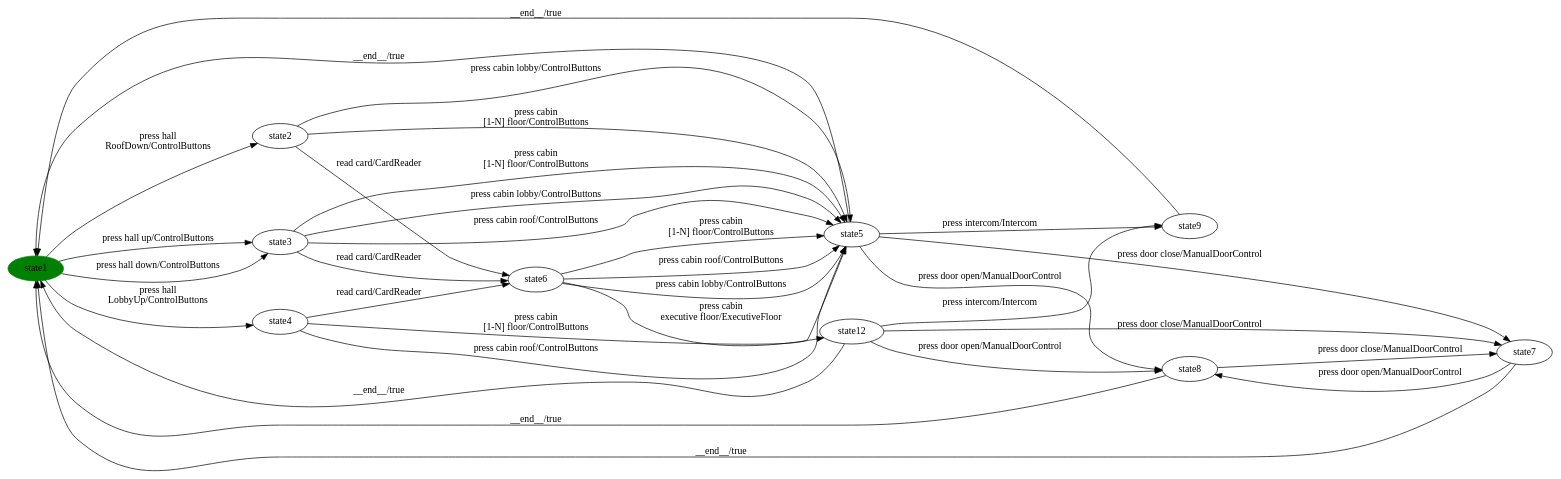
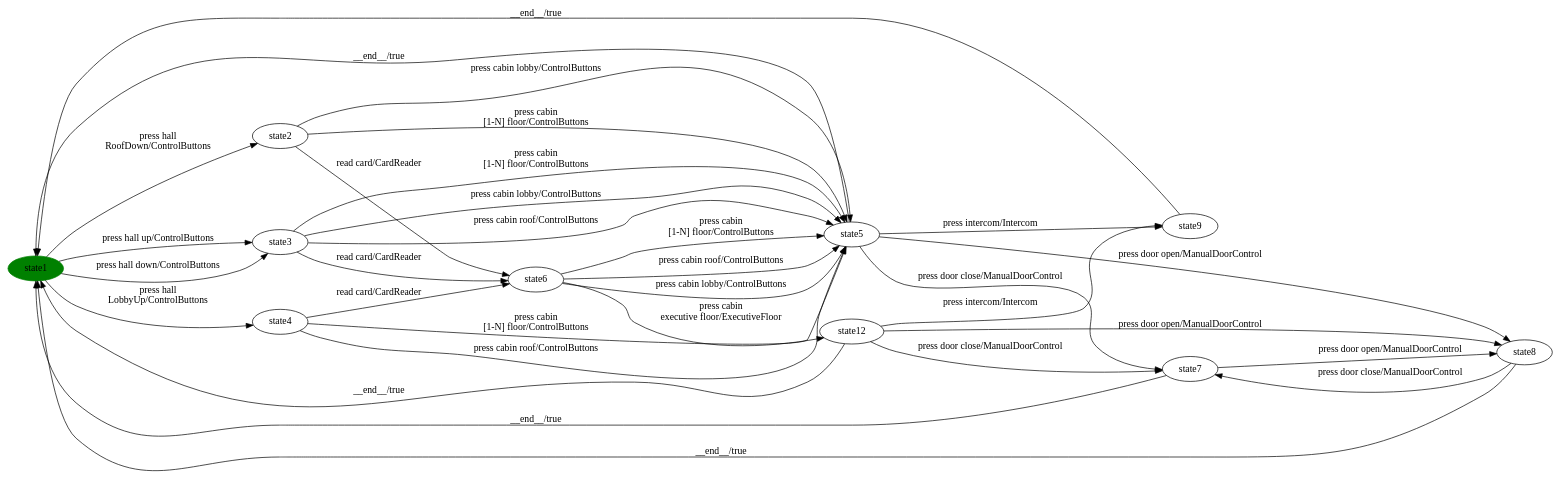
One commit to dilekozturk93/vibes changed the diagram in milestone-reports/per-product/Elevator/Elevator-product40.dot. Above: the diagram before and after it, drawn with Graphviz. The commit also changed 80 other files, not shown here.

```diff
--- a/milestone-reports/per-product/Elevator/Elevator-product40.dot
+++ b/milestone-reports/per-product/Elevator/Elevator-product40.dot
@@ -1,51 +1,51 @@
 digraph G {
 rankdir=LR;
 state0[ label = "state1", style=filled, color=green ];
 state1 [ label = "state9" ];
 state1 -> state0 [ label=" __end__/true " ];
 state2 [ label = "state6" ];
 state2 -> state3 [ label=" press cabin lobby/ControlButtons " ];
 state2 -> state3 [ label=" press cabin 
 [1-N] floor/ControlButtons " ];
 state2 -> state3 [ label=" press cabin roof/ControlButtons " ];
 state2 -> state4 [ label=" press cabin 
 executive floor/ExecutiveFloor " ];
+state3 [ label = "state5" ];
+state3 -> state1 [ label=" press intercom/Intercom " ];
+state3 -> state5 [ label=" press door open/ManualDoorControl " ];
+state3 -> state6 [ label=" press door close/ManualDoorControl " ];
+state3 -> state0 [ label=" __end__/true " ];
 state4 [ label = "state12" ];
-state4 -> state5 [ label=" press door close/ManualDoorControl " ];
-state4 -> state6 [ label=" press door open/ManualDoorControl " ];
+state4 -> state6 [ label=" press door close/ManualDoorControl " ];
+state4 -> state5 [ label=" press door open/ManualDoorControl " ];
 state4 -> state1 [ label=" press intercom/Intercom " ];
 state4 -> state0 [ label=" __end__/true " ];
-state3 [ label = "state5" ];
-state3 -> state1 [ label=" press intercom/Intercom " ];
-state3 -> state6 [ label=" press door open/ManualDoorControl " ];
-state3 -> state5 [ label=" press door close/ManualDoorControl " ];
-state3 -> state0 [ label=" __end__/true " ];
-state6 [ label = "state8" ];
-state6 -> state5 [ label=" press door close/ManualDoorControl " ];
+state5 [ label = "state8" ];
+state5 -> state6 [ label=" press door close/ManualDoorControl " ];
+state5 -> state0 [ label=" __end__/true " ];
+state6 [ label = "state7" ];
 state6 -> state0 [ label=" __end__/true " ];
-state5 [ label = "state7" ];
-state5 -> state0 [ label=" __end__/true " ];
-state5 -> state6 [ label=" press door open/ManualDoorControl " ];
+state6 -> state5 [ label=" press door open/ManualDoorControl " ];
 state7 [ label = "state2" ];
 state7 -> state3 [ label=" press cabin lobby/ControlButtons " ];
 state7 -> state3 [ label=" press cabin 
 [1-N] floor/ControlButtons " ];
 state7 -> state2 [ label=" read card/CardReader " ];
 state0 -> state7 [ label=" press hall 
 RoofDown/ControlButtons " ];
 state0 -> state8 [ label=" press hall up/ControlButtons " ];
 state0 -> state8 [ label=" press hall down/ControlButtons " ];
 state0 -> state9 [ label=" press hall 
 LobbyUp/ControlButtons " ];
 state9 [ label = "state4" ];
 state9 -> state3 [ label=" press cabin roof/ControlButtons " ];
 state9 -> state3 [ label=" press cabin 
 [1-N] floor/ControlButtons " ];
 state9 -> state2 [ label=" read card/CardReader " ];
 state8 [ label = "state3" ];
 state8 -> state3 [ label=" press cabin lobby/ControlButtons " ];
 state8 -> state3 [ label=" press cabin roof/ControlButtons " ];
 state8 -> state3 [ label=" press cabin 
 [1-N] floor/ControlButtons " ];
 state8 -> state2 [ label=" read card/CardReader " ];
 }
```
